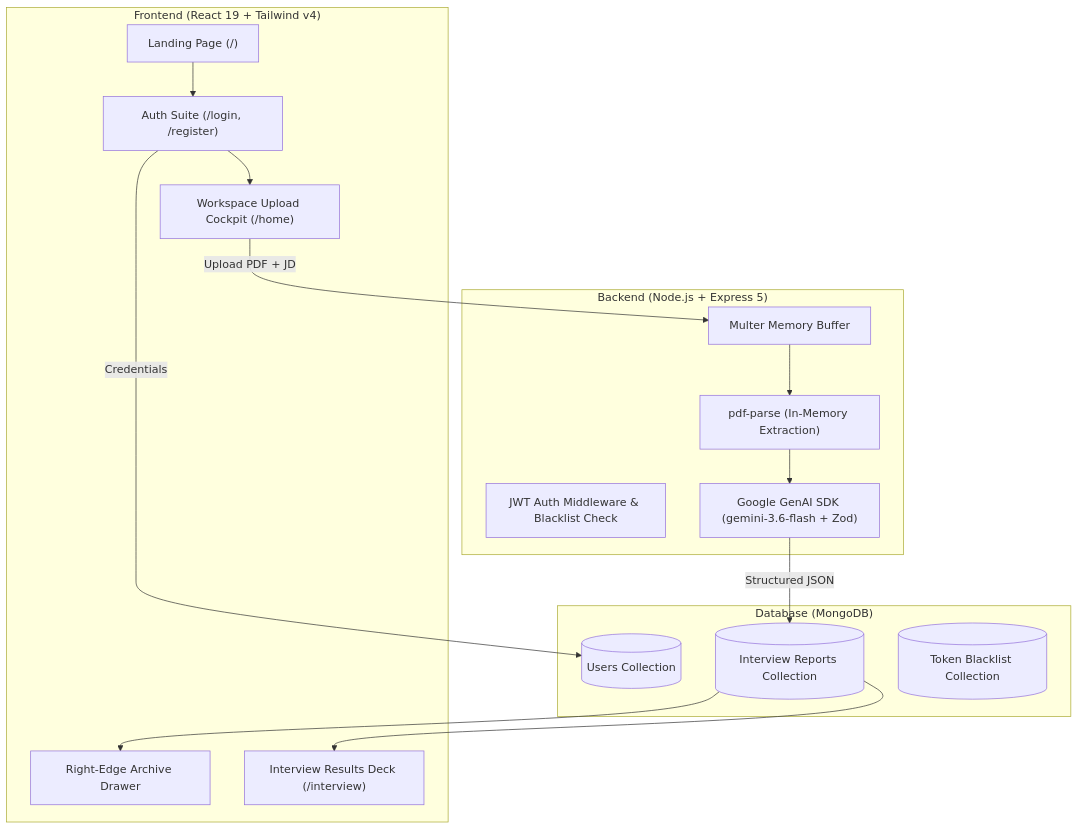
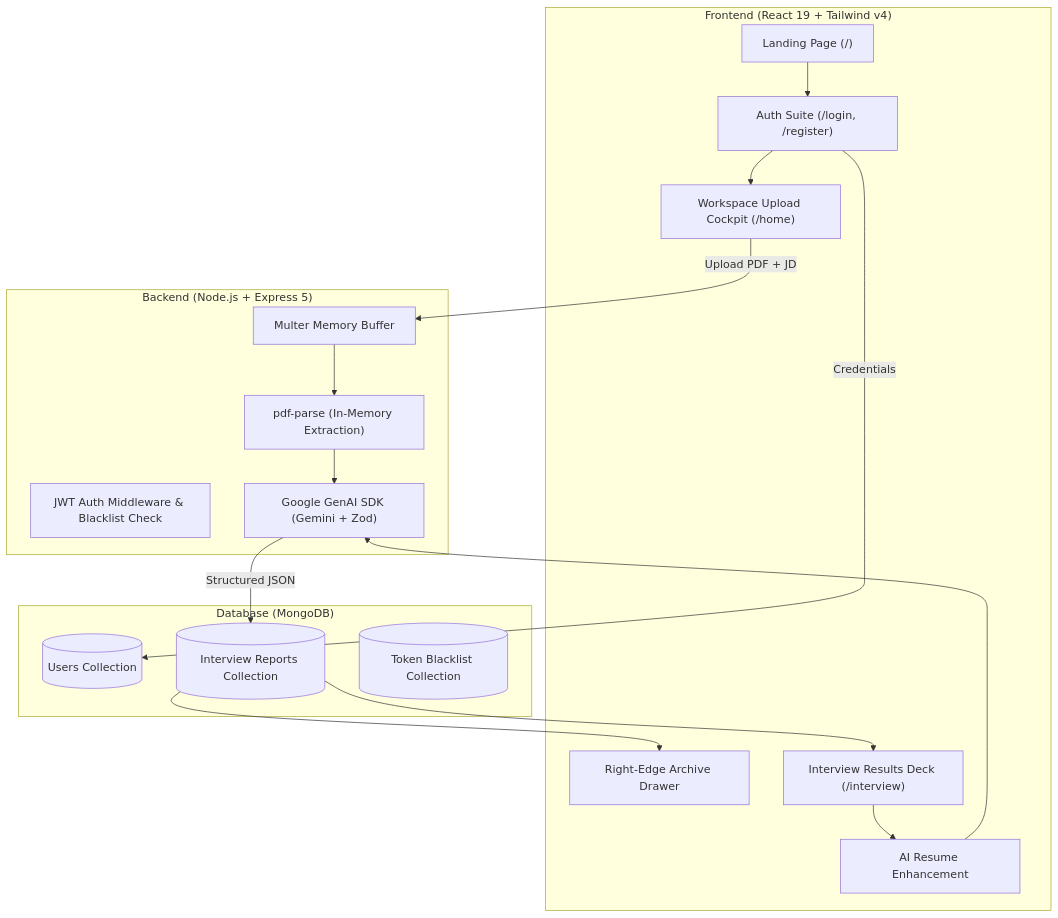
One commit to kharerudransh/SkillGapStudio changed the diagram in README.md. Above: the diagram before and after it, drawn with Mermaid. The commit also changed other lines of this file, not shown here.

````diff
--- a/README.md
+++ b/README.md
@@ -74,33 +84,36 @@
 ```mermaid
 flowchart TD
     subgraph Client ["Frontend (React 19 + Tailwind v4)"]
         Landing["Landing Page (/)"]
         Auth["Auth Suite (/login, /register)"]
         Home["Workspace Upload Cockpit (/home)"]
         Drawer["Right-Edge Archive Drawer"]
         Interview["Interview Results Deck (/interview)"]
+        Resume["AI Resume Enhancement"]
     end
 
     subgraph Server ["Backend (Node.js + Express 5)"]
         AuthMiddleware["JWT Auth Middleware & Blacklist Check"]
         FileMiddleware["Multer Memory Buffer"]
         PDFParser["pdf-parse (In-Memory Extraction)"]
-        GeminiService["Google GenAI SDK (gemini-3.6-flash + Zod)"]
+        GeminiService["Google GenAI SDK (Gemini + Zod)"]
     end
 
     subgraph Storage ["Database (MongoDB)"]
         UserCol[("Users Collection")]
         ReportCol[("Interview Reports Collection")]
         BlacklistCol[("Token Blacklist Collection")]
     end
 
     Landing --> Auth
     Auth -->|Credentials| UserCol
     Auth --> Home
     Home -->|Upload PDF + JD| FileMiddleware
     FileMiddleware --> PDFParser
     PDFParser --> GeminiService
     GeminiService -->|Structured JSON| ReportCol
     ReportCol --> Interview
     ReportCol --> Drawer
+    Interview --> Resume
+    Resume --> GeminiService
 ```
````
